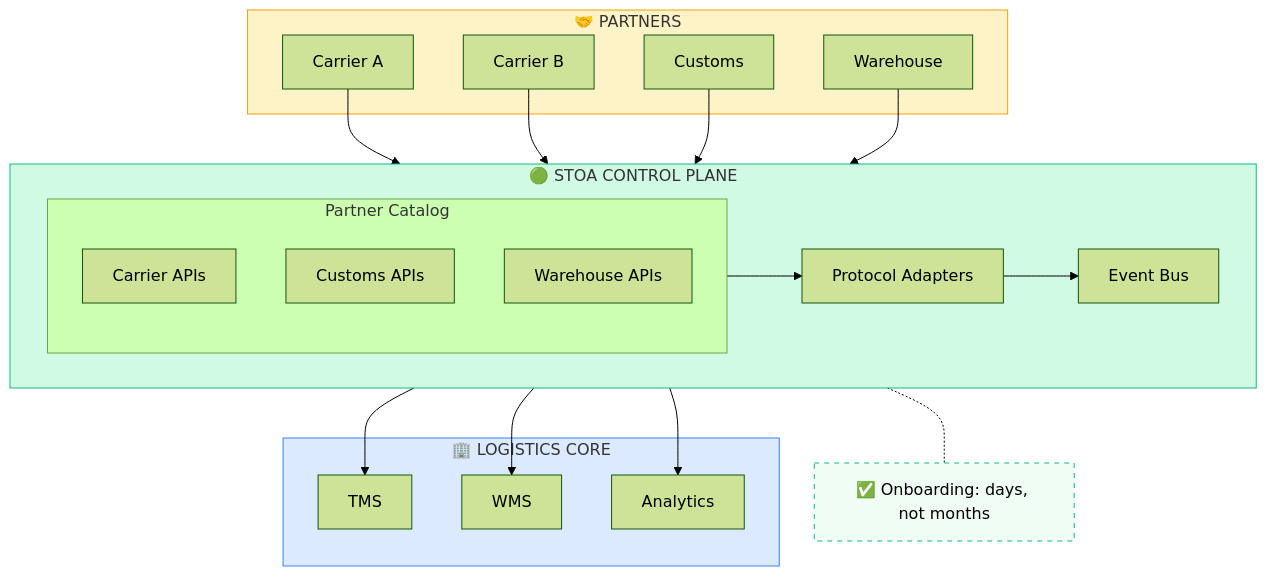
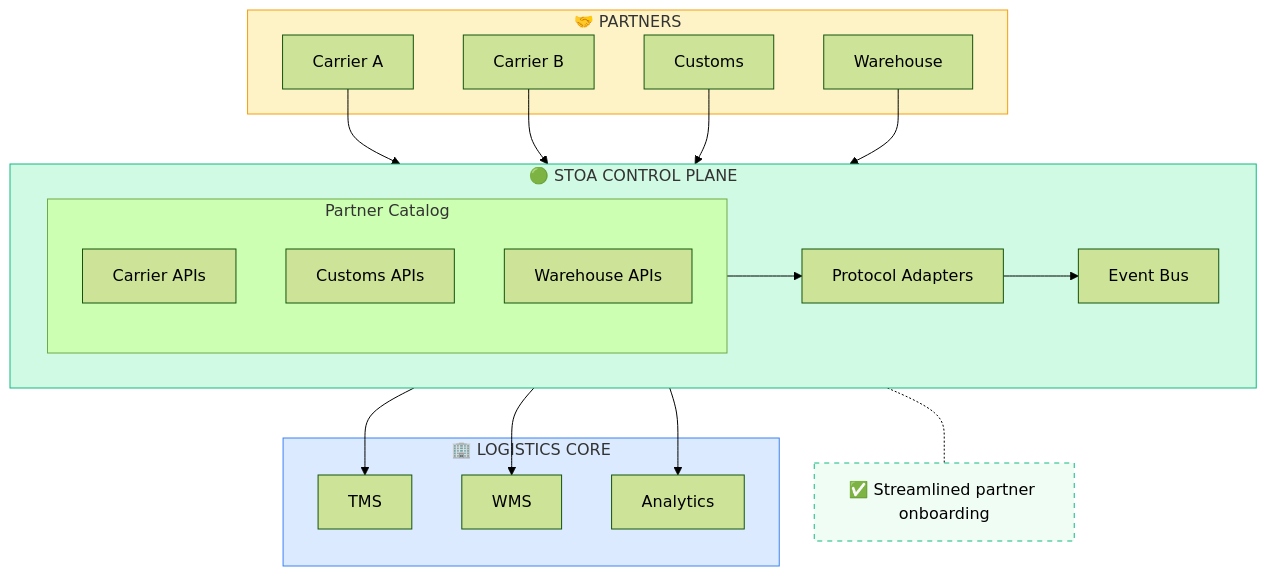
Before and after one commit to stoa-platform/stoa-docs: the sixth of 8 diagrams in docs/enterprise/use-cases.md, drawn with Mermaid (forest theme). The commit also changed other lines of this file and 24 other files, not shown here.

````diff
--- a/docs/enterprise/use-cases.md
+++ b/docs/enterprise/use-cases.md
@@ -203,36 +203,36 @@
 ```mermaid
 flowchart TB
     subgraph Partners["🤝 PARTNERS"]
         CA["Carrier A"]
         CB["Carrier B"]
         CU["Customs"]
         WH["Warehouse"]
     end
 
     subgraph STOA["🟢 STOA CONTROL PLANE"]
         subgraph PC["Partner Catalog"]
             C1["Carrier APIs"]
             C2["Customs APIs"]
             C3["Warehouse APIs"]
         end
         PA["Protocol Adapters"]
         EB["Event Bus"]
         PC --> PA --> EB
     end
 
     subgraph Core["🏢 LOGISTICS CORE"]
         TMS["TMS"]
         WMS["WMS"]
         BI["Analytics"]
     end
 
     CA & CB & CU & WH --> STOA
     STOA --> TMS & WMS & BI
 
-    STOA -.- Benefit["✅ Onboarding: days, not months"]
+    STOA -.- Benefit["✅ Streamlined partner onboarding"]
 
     style Partners fill:#fef3c7,stroke:#f59e0b
     style STOA fill:#d1fae5,stroke:#10b981
     style Core fill:#dbeafe,stroke:#3b82f6
     style Benefit fill:#f0fdf4,stroke:#10b981,stroke-dasharray: 5 5
 ```
````
